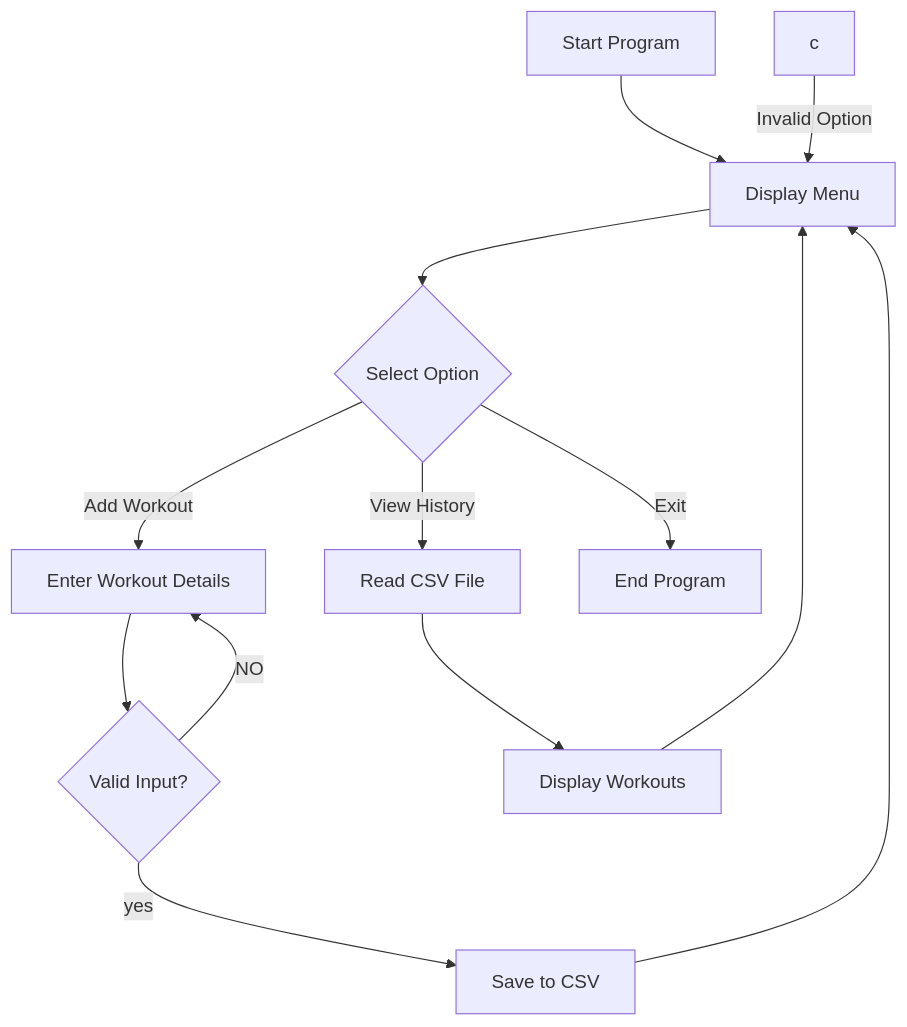
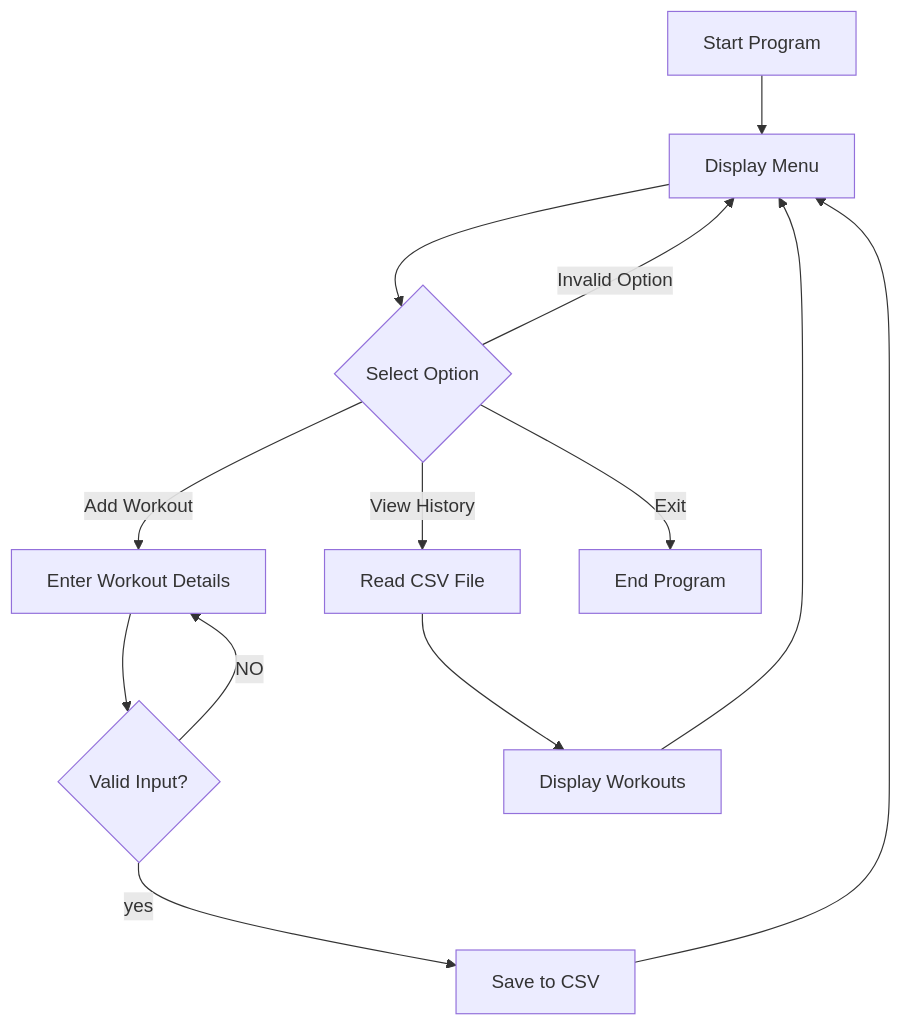
One commit to johnnyTctrl/tovar-cpw102-quater-project changed the diagram in docs/02_engineering-design.md. Above: the diagram before and after it, drawn with Mermaid.

Commit message:
Fix invalid option transition in engineering design

````diff
--- a/docs/02_engineering-design.md
+++ b/docs/02_engineering-design.md
@@ -12,15 +12,15 @@
 ```mermaid
 flowchart TD
     A[Start Program] --> B[Display Menu]
     B --> C{Select Option}
     C --> |Add Workout| D[Enter Workout Details]
     D --> E{Valid Input?}
     E --> |NO| D
     E --> |yes| F[Save to CSV]
     F --> B
     C --> |View History| G[Read CSV File]
     G --> H[Display Workouts]
     H --> B
     C --> |Exit| I[End Program]
-    c -->|Invalid Option| B
+    C -->|Invalid Option| B
 ```
````
